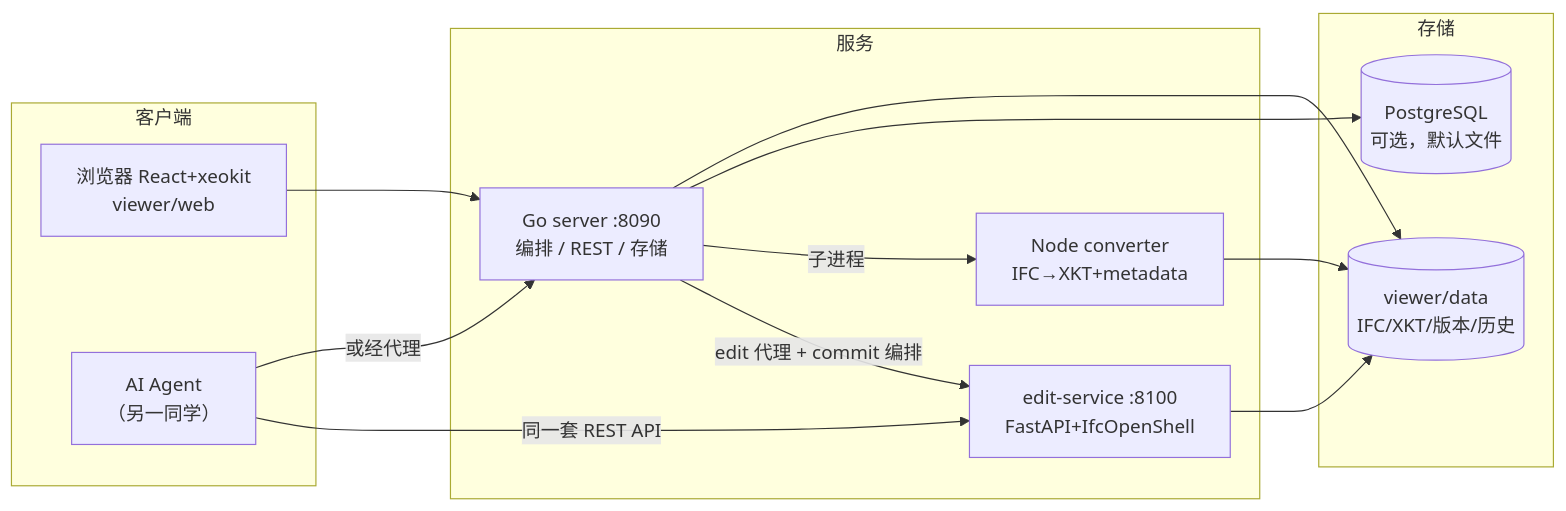
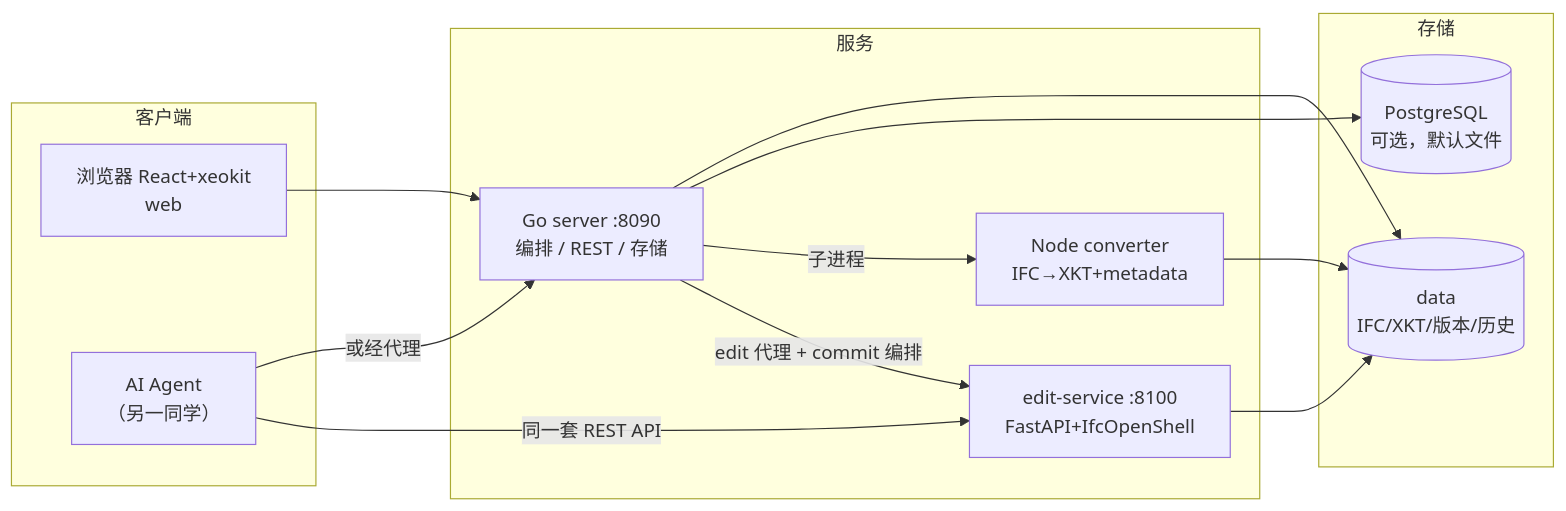
The diagram in docs/internal/team-sync.md (0702hjj/AI_IFC), drawn with Mermaid before and after one commit. The commit also changed other lines of this file and 384 other files, not shown here.

First line of the commit message:
refactor!: 物理重组 viewer/ 拆分——services/ifc + web/server/converter/mcp 顶层化 + skills/aidxfv 收敛

````diff
--- a/docs/internal/team-sync.md
+++ b/docs/internal/team-sync.md
@@ -30,25 +30,25 @@
 ```mermaid
 graph LR
   subgraph 客户端
-    UI[浏览器 React+xeokit<br/>viewer/web]
+    UI[浏览器 React+xeokit<br/>web]
     AI[AI Agent<br/>（另一同学）]
   end
   subgraph 服务
     GO[Go server :8090<br/>编排 / REST / 存储]
     PY[edit-service :8100<br/>FastAPI+IfcOpenShell]
     CV[Node converter<br/>IFC→XKT+metadata]
   end
   subgraph 存储
     PG[(PostgreSQL<br/>可选，默认文件)]
-    FS[(viewer/data<br/>IFC/XKT/版本/历史)]
+    FS[(data<br/>IFC/XKT/版本/历史)]
   end
   UI --> GO
   AI -->|同一套 REST API| PY
   AI -->|或经代理| GO
   GO -->|edit 代理 + commit 编排| PY
   GO -->|子进程| CV
   GO --> PG
   GO --> FS
   PY --> FS
   CV --> FS
 ```
````
